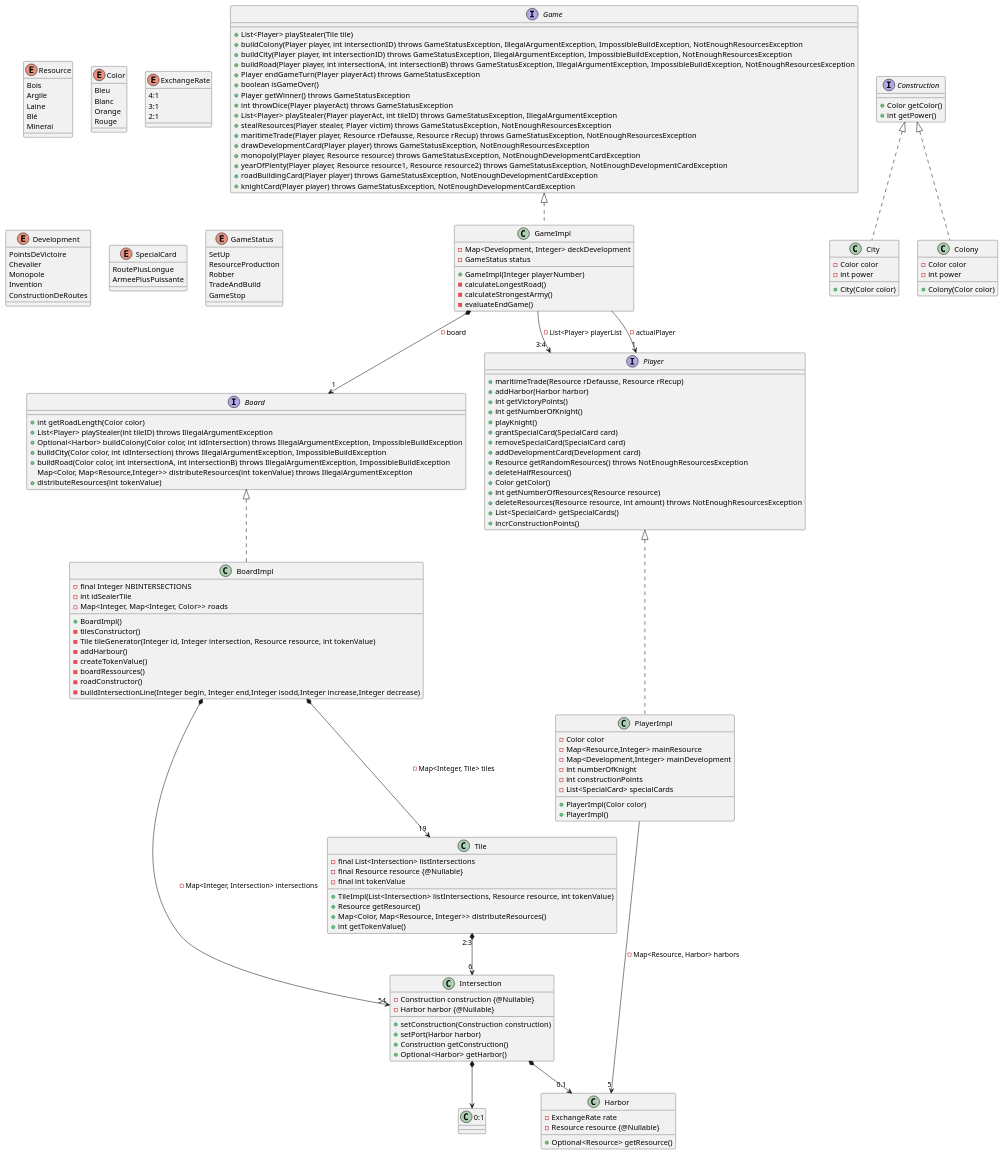
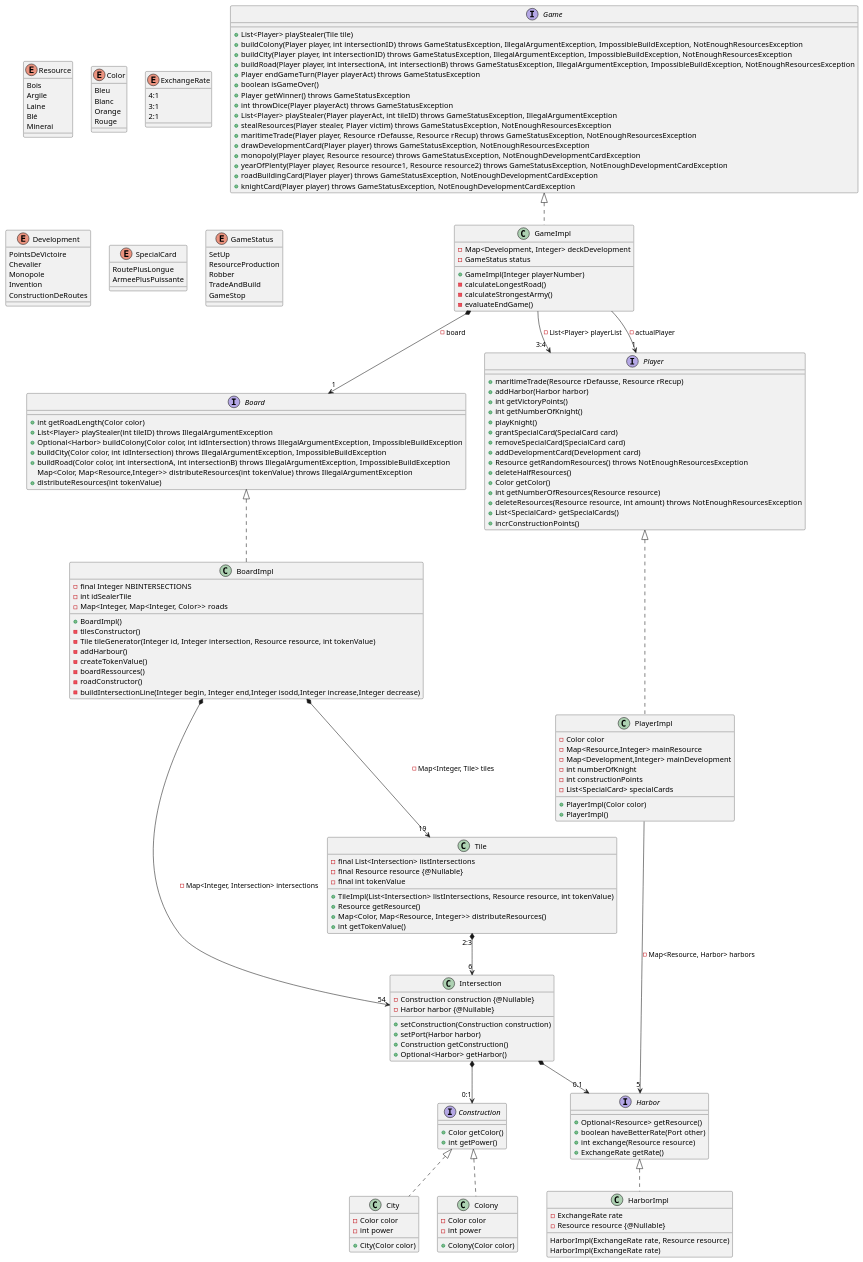
Before and after one commit to Lapin-Obez/colon_de_catane: the diagram in catan-doc/modules/conception/examples/gameClassDiag.plantuml, drawn with PlantUML. The commit also changed 1 other file, not shown here.

Commit message:
Relecture Harbor : mise à jour du diagramme de classe et de methods.adoc

```diff
--- a/catan-doc/modules/conception/examples/gameClassDiag.plantuml
+++ b/catan-doc/modules/conception/examples/gameClassDiag.plantuml
@@ -95,11 +95,19 @@
     - buildIntersectionLine(Integer begin, Integer end,Integer isodd,Integer increase,Integer decrease)
 }
 
-class Harbor{
+interface Harbor {
+    + Optional<Resource> getResource()
+    + boolean haveBetterRate(Port other)
+    + int exchange(Resource resource)
+    + ExchangeRate getRate()
+}
+
+class HarborImpl {
     - ExchangeRate rate
     - Resource resource {@Nullable}
 
-    + Optional<Resource> getResource()
+    HarborImpl(ExchangeRate rate, Resource resource)
+    HarborImpl(ExchangeRate rate)
 }
 
 class Tile{
@@ -175,6 +183,7 @@
 class BoardImpl implements Board
 class GameImpl implements Game
 class PlayerImpl implements Player
+class HarborImpl implements Harbor
 
 class City implements Construction
 class Colony implements Construction
@@ -184,7 +193,7 @@
 BoardImpl *--> "54" Intersection : - Map<Integer, Intersection> intersections
 
 Tile "2:3" *-->"6" Intersection
-Intersection *--> "0:1"
+Intersection *--> "0:1" Construction
 
 Intersection *--> "0.1" Harbor
 
```
